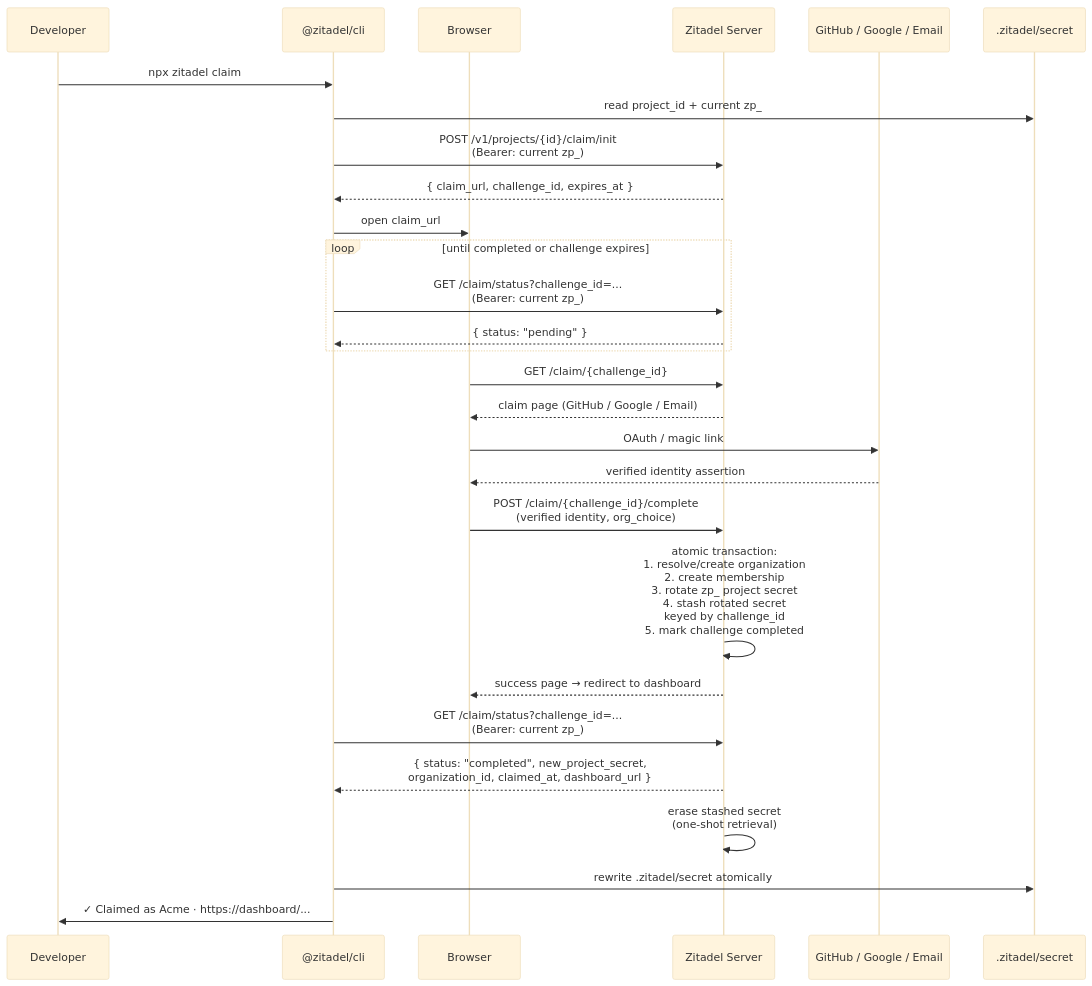
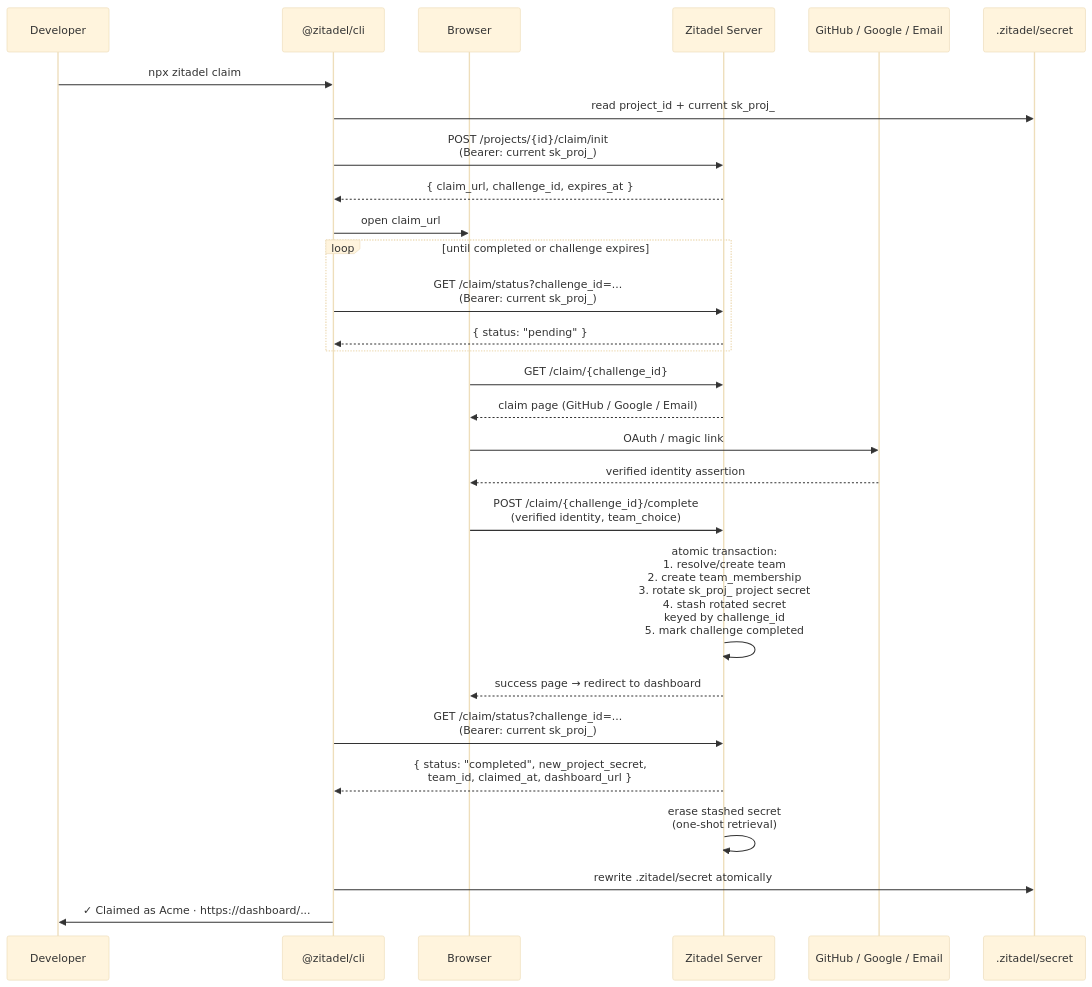
One commit to zitadel/nextgen changed the diagram in docs/design/platform/claim-flow.md. Above: the diagram before and after it, drawn with Mermaid (base theme). The commit also changed other lines of this file and 25 other files, not shown here.

````diff
--- a/docs/design/platform/claim-flow.md
+++ b/docs/design/platform/claim-flow.md
@@ -37,35 +39,35 @@
 ```mermaid
 sequenceDiagram
     participant Dev as Developer
     participant CLI as @zitadel/cli
     participant Browser
     participant Srv as Zitadel Server
     participant IdP as GitHub / Google / Email
     participant Secret as .zitadel/secret
 
     Dev->>CLI: npx zitadel claim
-    CLI->>Secret: read project_id + current zp_
-    CLI->>Srv: POST /v1/projects/{id}/claim/init<br>(Bearer: current zp_)
+    CLI->>Secret: read project_id + current sk_proj_
+    CLI->>Srv: POST /projects/{id}/claim/init<br>(Bearer: current sk_proj_)
     Srv-->>CLI: { claim_url, challenge_id, expires_at }
     CLI->>Browser: open claim_url
 
     loop until completed or challenge expires
-      CLI->>Srv: GET /claim/status?challenge_id=...<br>(Bearer: current zp_)
+      CLI->>Srv: GET /claim/status?challenge_id=...<br>(Bearer: current sk_proj_)
       Srv-->>CLI: { status: "pending" }
     end
 
     Browser->>Srv: GET /claim/{challenge_id}
     Srv-->>Browser: claim page (GitHub / Google / Email)
     Browser->>IdP: OAuth / magic link
     IdP-->>Browser: verified identity assertion
-    Browser->>Srv: POST /claim/{challenge_id}/complete<br>(verified identity, org_choice)
+    Browser->>Srv: POST /claim/{challenge_id}/complete<br>(verified identity, team_choice)
 
-    Srv->>Srv: atomic transaction:<br>1. resolve/create organization<br>2. create membership<br>3. rotate zp_ project secret<br>4. stash rotated secret<br>   keyed by challenge_id<br>5. mark challenge completed
+    Srv->>Srv: atomic transaction:<br>1. resolve/create team<br>2. create team_membership<br>3. rotate sk_proj_ project secret<br>4. stash rotated secret<br>   keyed by challenge_id<br>5. mark challenge completed
     Srv-->>Browser: success page → redirect to dashboard
 
-    CLI->>Srv: GET /claim/status?challenge_id=...<br>(Bearer: current zp_)
-    Srv-->>CLI: { status: "completed", new_project_secret,<br>organization_id, claimed_at, dashboard_url }
+    CLI->>Srv: GET /claim/status?challenge_id=...<br>(Bearer: current sk_proj_)
+    Srv-->>CLI: { status: "completed", new_project_secret,<br>team_id, claimed_at, dashboard_url }
     Srv->>Srv: erase stashed secret<br>(one-shot retrieval)
     CLI->>Secret: rewrite .zitadel/secret atomically
     CLI->>Dev: ✓ Claimed as Acme · https://dashboard/...
 ```
````
